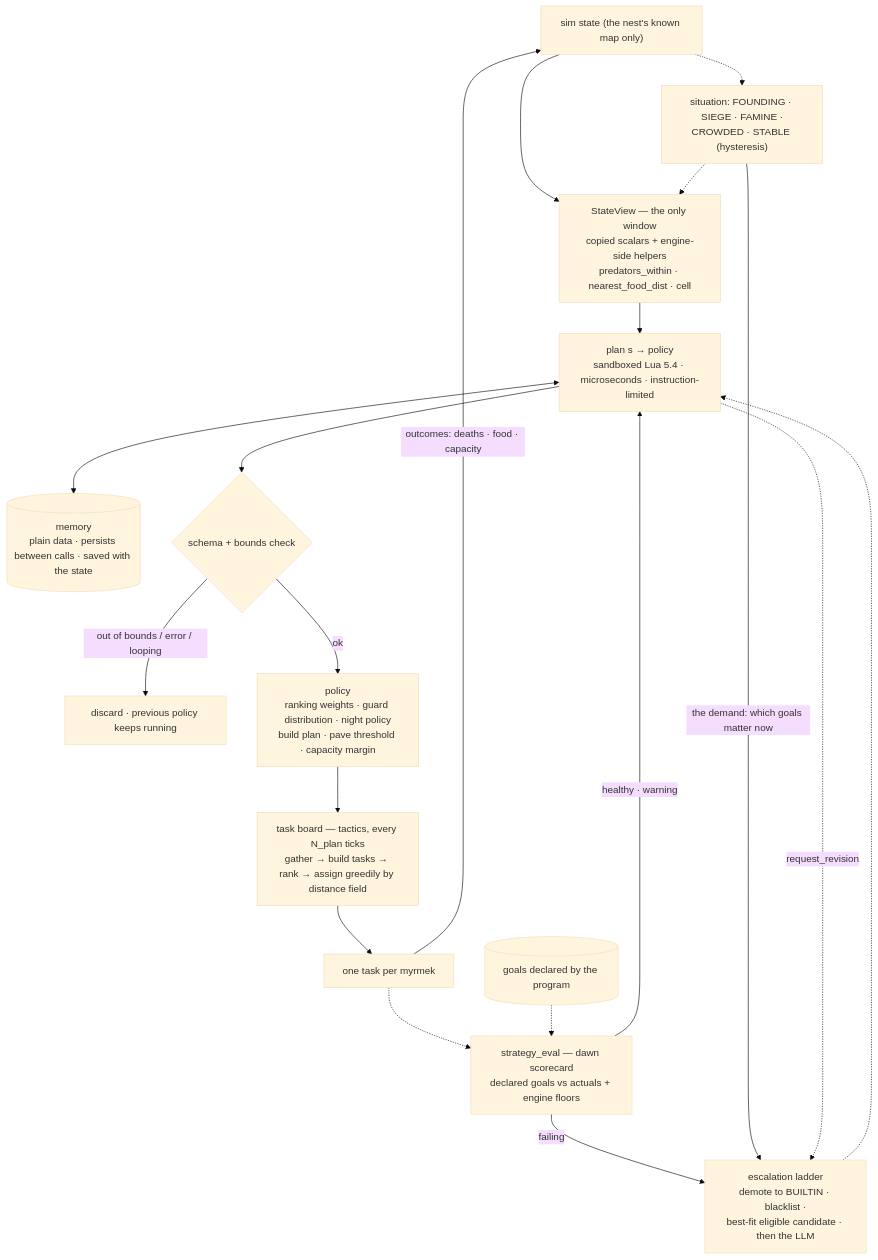
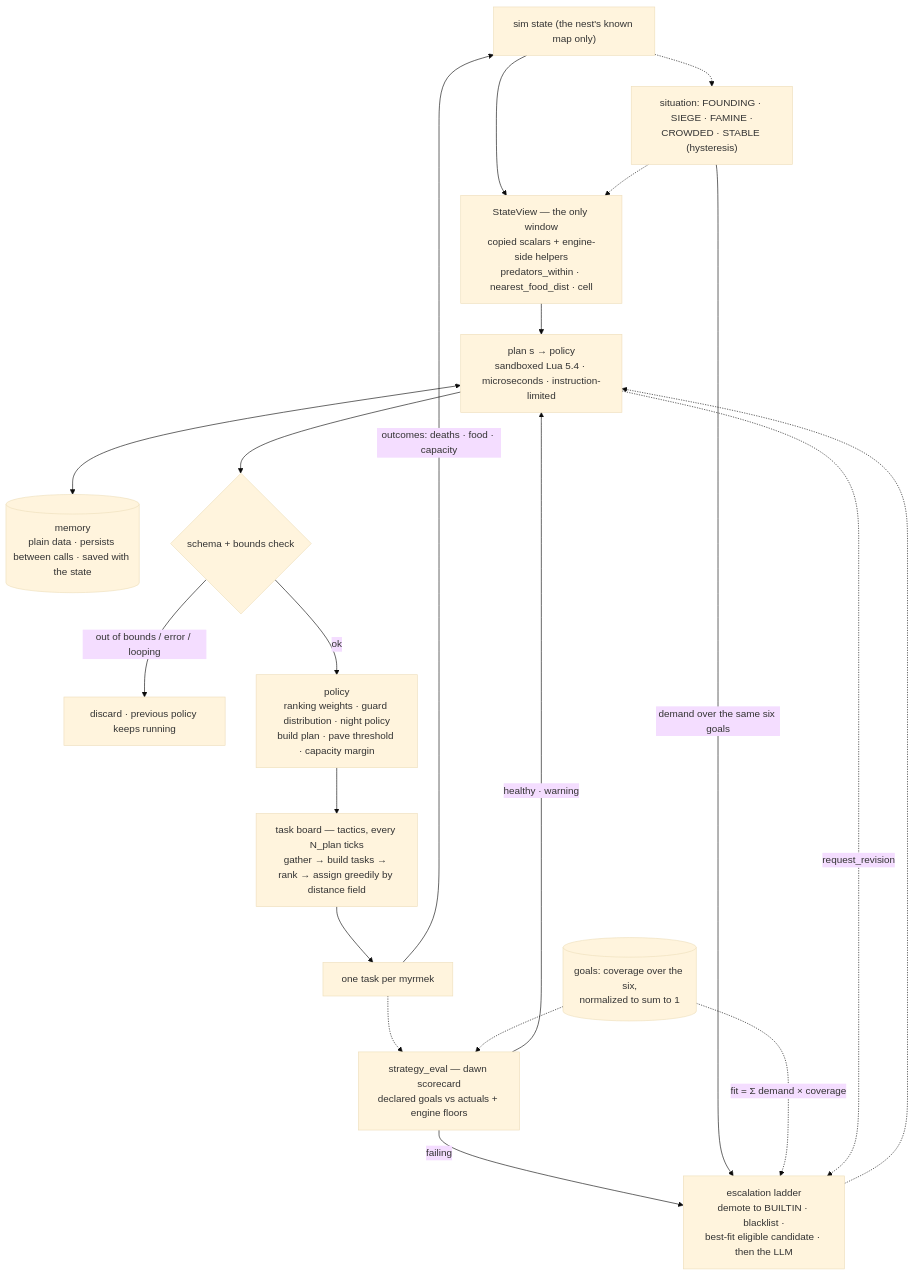
The seventh of 9 diagrams in specification/ARCHITECTURE.md (ichMaster/myrmex), drawn with Mermaid (base theme) before and after one commit. The commit also changed other lines of this file and 2 other files, not shown here.

````diff
--- a/specification/ARCHITECTURE.md
+++ b/specification/ARCHITECTURE.md
@@ -271,21 +271,22 @@
 ```mermaid
 flowchart TB
     world["sim state (the nest's known map only)"] --> sv["StateView — the only window<br/>copied scalars + engine-side helpers<br/>predators_within · nearest_food_dist · cell"]
     sv --> planf["plan s → policy<br/>sandboxed Lua 5.4 · microseconds · instruction-limited"]
     planf <--> mem[("memory<br/>plain data · persists between calls · saved with the state")]
     planf --> check{"schema + bounds check"}
     check -->|"out of bounds / error / looping"| keep["discard · previous policy keeps running"]
     check -->|ok| policy["policy<br/>ranking weights · guard distribution · night policy<br/>build plan · pave threshold · capacity margin"]
     policy --> board["task board — tactics, every N_plan ticks<br/>gather → build tasks → rank → assign greedily by distance field"]
     board --> agents["one task per myrmek"]
     agents -->|"outcomes: deaths · food · capacity"| world
     agents -.-> score["strategy_eval — dawn scorecard<br/>declared goals vs actuals + engine floors"]
-    goalsd[("goals declared by the program")] -.-> score
+    goalsd[("goals: coverage over the six,<br/>normalized to sum to 1")] -.-> score
     score -->|"healthy · warning"| planf
     score -->|"failing"| ladder["escalation ladder<br/>demote to BUILTIN · blacklist ·<br/>best-fit eligible candidate · then the LLM"]
     world -.-> sit["situation: FOUNDING · SIEGE · FAMINE ·<br/>CROWDED · STABLE (hysteresis)"]
-    sit -->|"the demand: which goals matter now"| ladder
+    sit -->|"demand over the same six goals"| ladder
+    goalsd -.->|"fit = Σ demand × coverage"| ladder
     sit -.-> sv
     ladder -.-> planf
     planf -.->|"request_revision"| ladder
 ```
````
